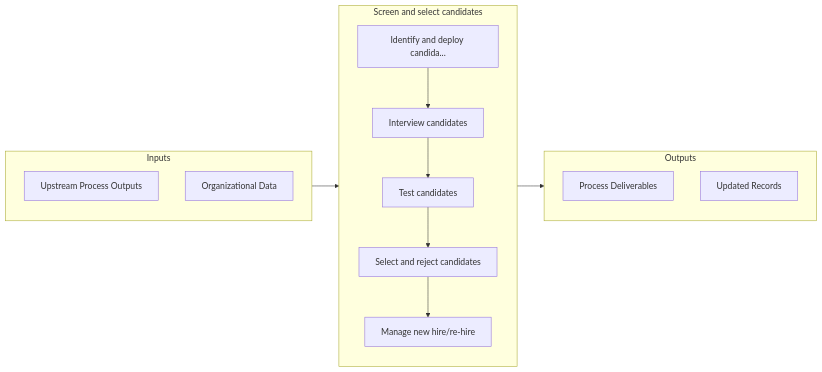
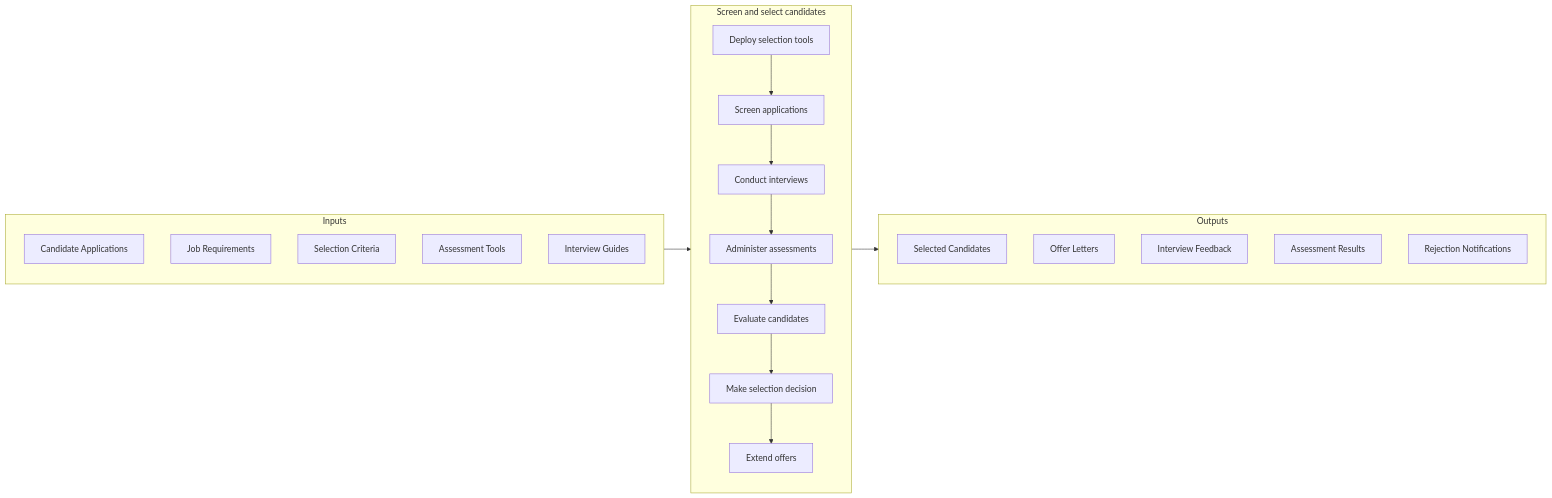
The second of 2 diagrams in processes/07-HR/7.2-RecruitSourceSelectEmployees/7.2.3-ScreenSelectCandidates/index.mdx (kziemski/business.org.ai), drawn with Mermaid before and after one commit. The commit also changed other lines of this file and 885 other files, not shown here.

````diff
--- a/processes/07-HR/7.2-RecruitSourceSelectEmployees/7.2.3-ScreenSelectCandidates/index.mdx
+++ b/processes/07-HR/7.2-RecruitSourceSelectEmployees/7.2.3-ScreenSelectCandidates/index.mdx
@@ -63,26 +63,32 @@
 ```mermaid
 flowchart LR
     subgraph Inputs["Inputs"]
-        I1["Upstream Process Outputs"]
-        I2["Organizational Data"]
+        I1["Candidate Applications"]
+        I2["Job Requirements"]
+        I3["Selection Criteria"]
+        I4["Assessment Tools"]
+        I5["Interview Guides"]
     end
 
     subgraph Process["Screen and select candidates"]
-        S1["Identify and deploy candida..."]
-        S2["Interview candidates"]
-        S3["Test candidates"]
-        S4["Select and reject candidates"]
-        S5["Manage new hire/re-hire"]
+        S1["Deploy selection tools"]
+        S2["Screen applications"]
+        S3["Conduct interviews"]
+        S4["Administer assessments"]
+        S5["Evaluate candidates"]
+        S6["Make selection decision"]
+        S7["Extend offers"]
+
+        S1 --> S2 --> S3 --> S4 --> S5 --> S6 --> S7
     end
 
     subgraph Outputs["Outputs"]
-        O1["Process Deliverables"]
-        O2["Updated Records"]
+        O1["Selected Candidates"]
+        O2["Offer Letters"]
+        O3["Interview Feedback"]
+        O4["Assessment Results"]
+        O5["Rejection Notifications"]
     end
 
     Inputs --> Process --> Outputs
-    S1 --> S2
-    S2 --> S3
-    S3 --> S4
-    S4 --> S5
 ```
````
